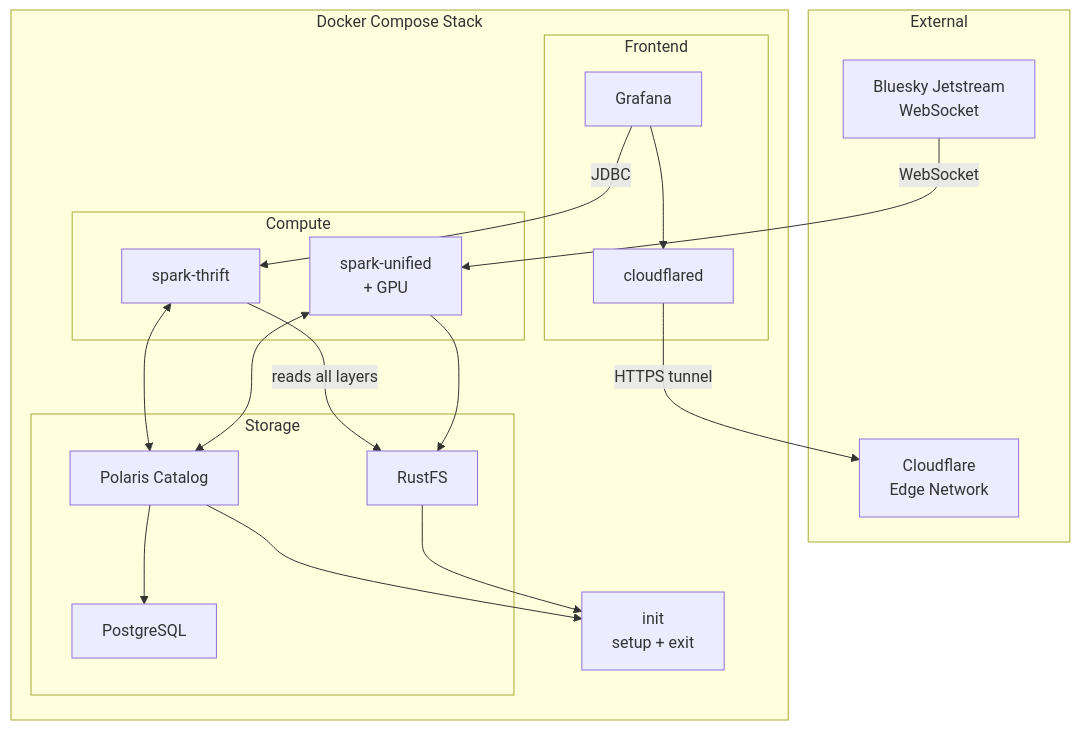
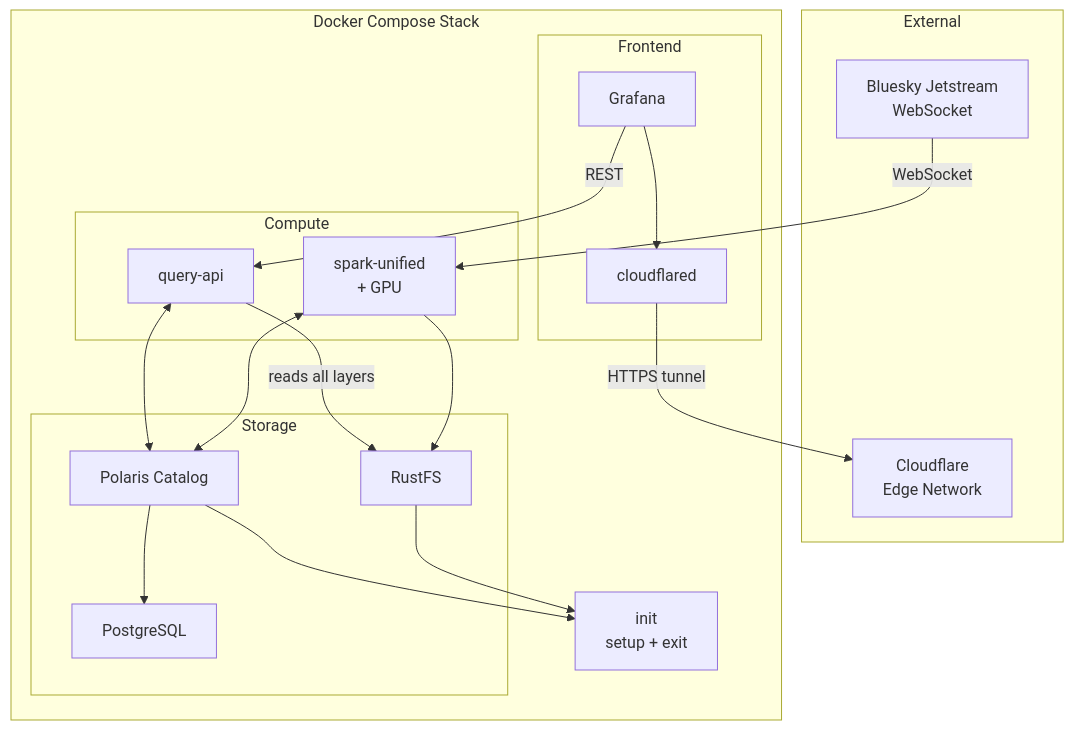
Before and after one commit to joshlizana/atomosphere: the first of 2 diagrams in docs/TRD.md, drawn with Mermaid. The commit also changed other lines of this file and 17 other files, not shown here.

First line of the commit message:
Add query-api and Grafana services (M6 infrastructure)

````diff
--- a/docs/TRD.md
+++ b/docs/TRD.md
@@ -256,37 +256,37 @@
 ```mermaid
 flowchart TD
     subgraph External
         JS[Bluesky Jetstream\nWebSocket]
         CF_EDGE[Cloudflare\nEdge Network]
     end
 
     subgraph Docker Compose Stack
         subgraph Compute
             SU[spark-unified\n+ GPU]
-            ST[spark-thrift]
+            QA[query-api]
         end
 
         subgraph Storage
             RS[RustFS]
             PL[Polaris Catalog]
             PG[PostgreSQL]
         end
 
         subgraph Frontend
             GF[Grafana]
             CFD[cloudflared]
         end
 
         INIT[init\nsetup + exit]
     end
 
     JS -->|WebSocket| SU
     SU --> RS
-    SU & ST <--> PL
+    SU & QA <--> PL
     PL --> PG
-    ST -->|reads all layers| RS
-    GF -->|JDBC| ST
+    QA -->|reads all layers| RS
+    GF -->|REST| QA
     GF --> CFD
     CFD -->|HTTPS tunnel| CF_EDGE
     RS & PL --> INIT
 ```
````
